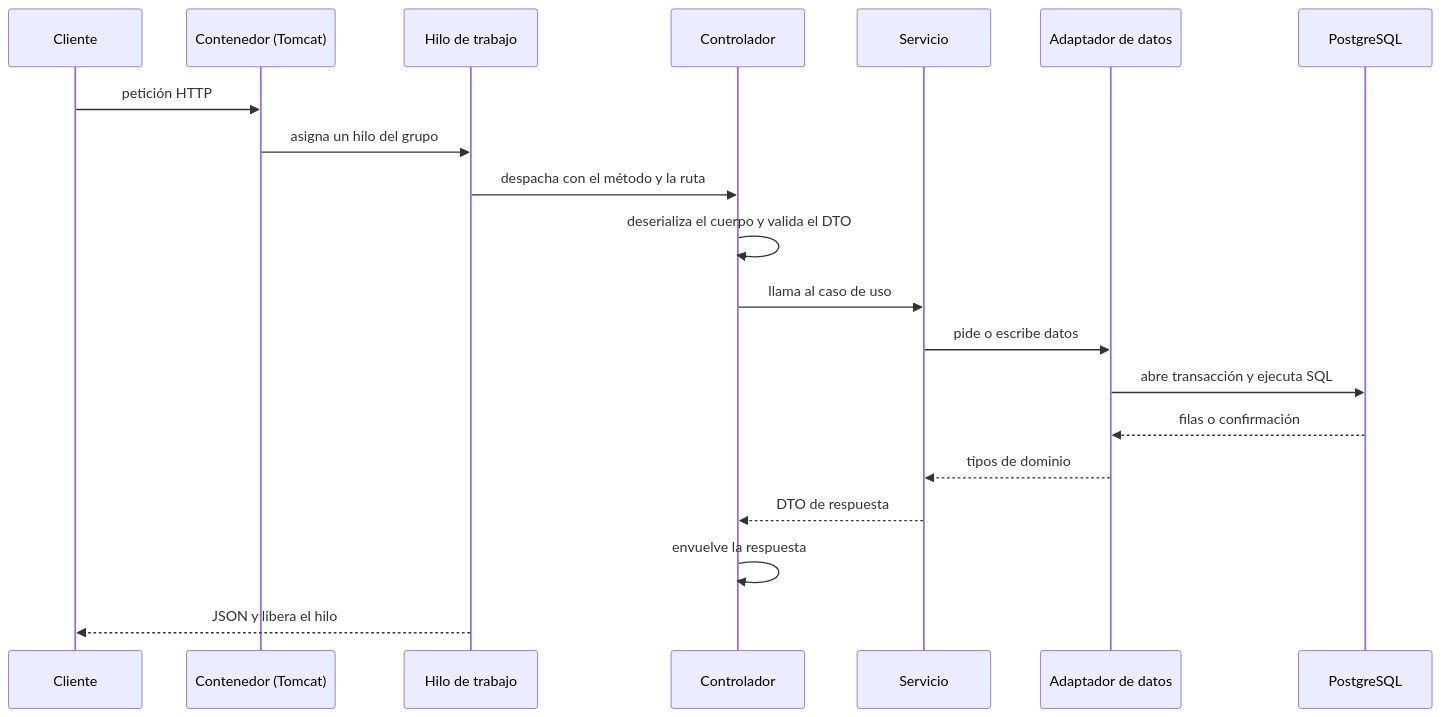
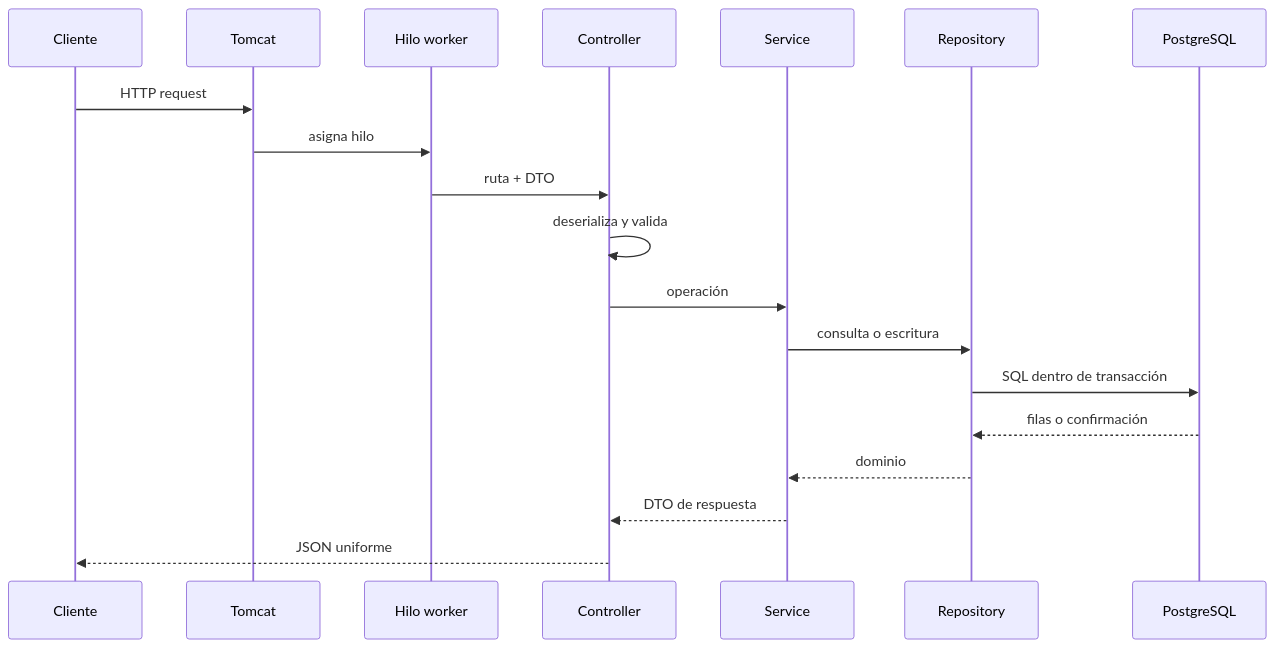
Before and after one commit to devmauriciopineda/careme: the third of 4 diagrams in docs/concepts/03-backend-api-concurrencia-y-persistencia.md, drawn with Mermaid. The commit also changed other lines of this file and 68 other files, not shown here.

````diff
--- a/docs/concepts/03-backend-api-concurrencia-y-persistencia.md
+++ b/docs/concepts/03-backend-api-concurrencia-y-persistencia.md
@@ -46,22 +277,21 @@
 ```mermaid
 sequenceDiagram
     participant C as Cliente
-    participant T as Contenedor (Tomcat)
-    participant W as Hilo de trabajo
-    participant Ctrl as Controlador
-    participant S as Servicio
-    participant R as Adaptador de datos
+    participant T as Tomcat
+    participant W as Hilo worker
+    participant Ctrl as Controller
+    participant S as Service
+    participant R as Repository
     participant DB as PostgreSQL
-    C->>T: petición HTTP
-    T->>W: asigna un hilo del grupo
-    W->>Ctrl: despacha con el método y la ruta
-    Ctrl->>Ctrl: deserializa el cuerpo y valida el DTO
-    Ctrl->>S: llama al caso de uso
-    S->>R: pide o escribe datos
-    R->>DB: abre transacción y ejecuta SQL
+    C->>T: HTTP request
+    T->>W: asigna hilo
+    W->>Ctrl: ruta + DTO
+    Ctrl->>Ctrl: deserializa y valida
+    Ctrl->>S: operación
+    S->>R: consulta o escritura
+    R->>DB: SQL dentro de transacción
     DB-->>R: filas o confirmación
-    R-->>S: tipos de dominio
+    R-->>S: dominio
     S-->>Ctrl: DTO de respuesta
-    Ctrl->>Ctrl: envuelve la respuesta
-    W-->>C: JSON y libera el hilo
+    Ctrl-->>C: JSON uniforme
 ```
````
